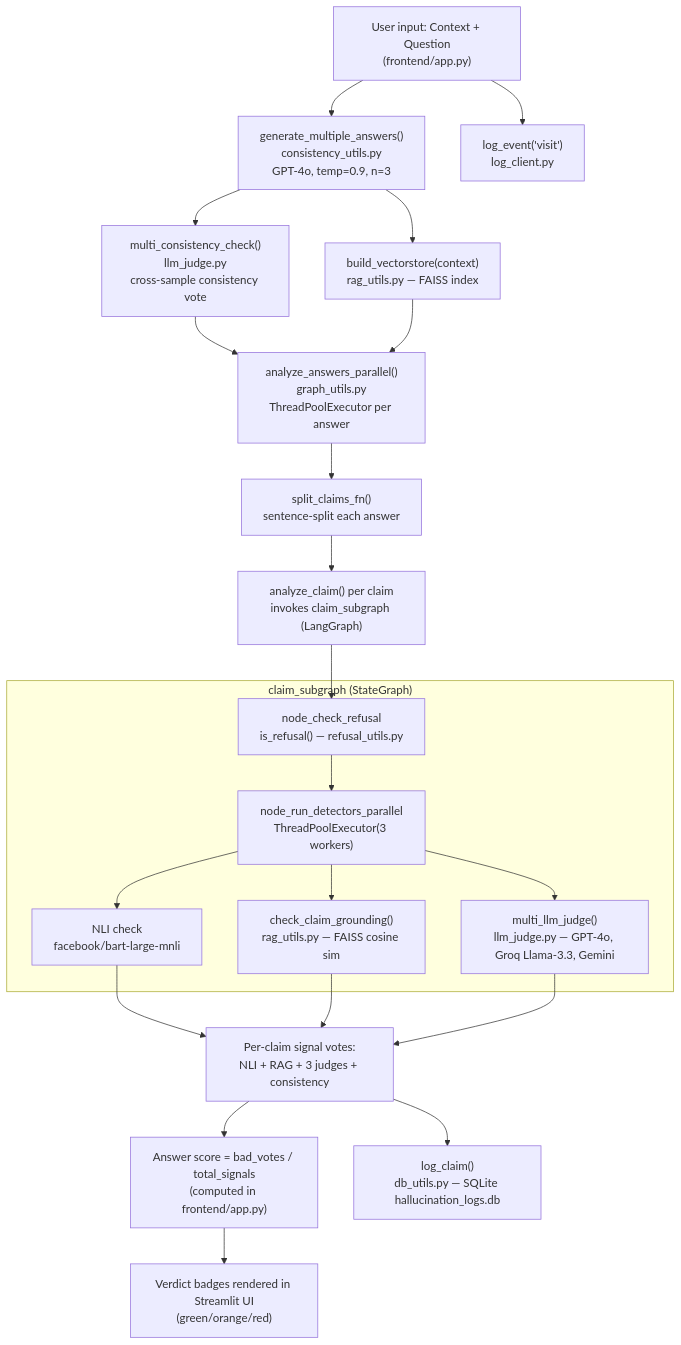
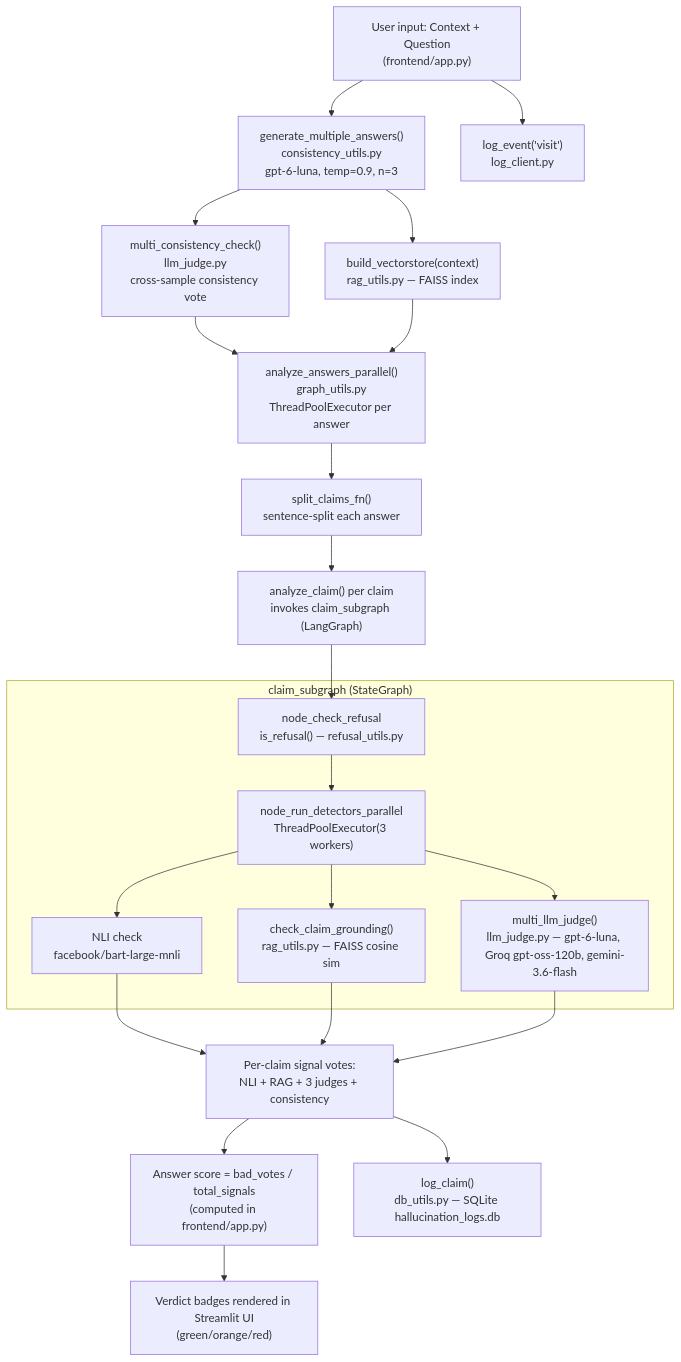
The diagram in README.md (khatikraj2653-collab/HallucinationDetecto), drawn with Mermaid before and after one commit. The commit also changed 7 other files, not shown here.

First line of the commit message:
Keep-alive that really checks the app; replace retired judge models (#1)

````diff
--- a/README.md
+++ b/README.md
@@ -21,29 +21,29 @@
 ```mermaid
 flowchart TD
-    A["User input: Context + Question<br/>(frontend/app.py)"] --> B["generate_multiple_answers()<br/>consistency_utils.py<br/>GPT-4o, temp=0.9, n=3"]
+    A["User input: Context + Question<br/>(frontend/app.py)"] --> B["generate_multiple_answers()<br/>consistency_utils.py<br/>gpt-6-luna, temp=0.9, n=3"]
     B --> C["multi_consistency_check()<br/>llm_judge.py<br/>cross-sample consistency vote"]
     B --> D["build_vectorstore(context)<br/>rag_utils.py — FAISS index"]
     C --> E
     D --> E["analyze_answers_parallel()<br/>graph_utils.py<br/>ThreadPoolExecutor per answer"]
 
     E --> F["split_claims_fn()<br/>sentence-split each answer"]
     F --> G["analyze_claim() per claim<br/>invokes claim_subgraph (LangGraph)"]
 
     subgraph SG["claim_subgraph (StateGraph)"]
         G1["node_check_refusal<br/>is_refusal() — refusal_utils.py"] --> G2["node_run_detectors_parallel<br/>ThreadPoolExecutor(3 workers)"]
         G2 --> N["NLI check<br/>facebook/bart-large-mnli"]
         G2 --> R["check_claim_grounding()<br/>rag_utils.py — FAISS cosine sim"]
-        G2 --> J["multi_llm_judge()<br/>llm_judge.py — GPT-4o, Groq Llama-3.3, Gemini"]
+        G2 --> J["multi_llm_judge()<br/>llm_judge.py — gpt-6-luna, Groq gpt-oss-120b, gemini-3.6-flash"]
     end
 
     G --> G1
     N --> H["Per-claim signal votes:<br/>NLI + RAG + 3 judges + consistency"]
     R --> H
     J --> H
 
     H --> I["Answer score = bad_votes / total_signals<br/>(computed in frontend/app.py)"]
     I --> K["Verdict badges rendered in Streamlit UI<br/>(green/orange/red)"]
 
     H --> L["log_claim()<br/>db_utils.py — SQLite hallucination_logs.db"]
     A --> M["log_event('visit')<br/>log_client.py"]
 ```
````
